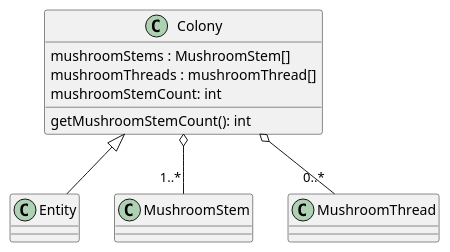
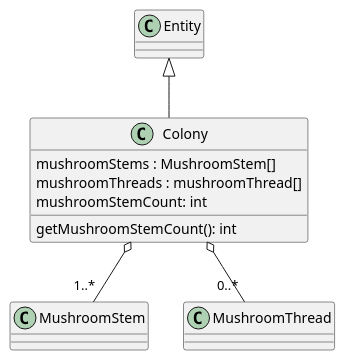
The diagram in 3/classes/colony.puml (Petya-G/fungorium), drawn with PlantUML before and after one commit. The commit also changed 4 other files, not shown here.

```diff
--- a/3/classes/colony.puml
+++ b/3/classes/colony.puml
@@ -1,12 +1,12 @@
 @startuml colony
 
-Colony <|-- Entity
+Entity <|-- Colony
 Colony o-- "1..*" MushroomStem
 Colony o-- "0..*" MushroomThread
 class Colony{
     mushroomStems : MushroomStem[]
     mushroomThreads : mushroomThread[]
     mushroomStemCount: int
     getMushroomStemCount(): int
 }
 @enduml
```
